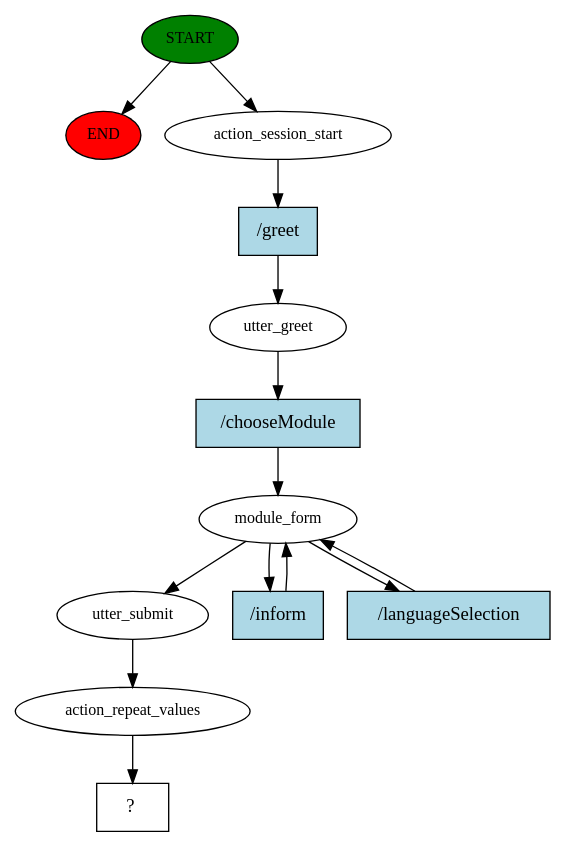
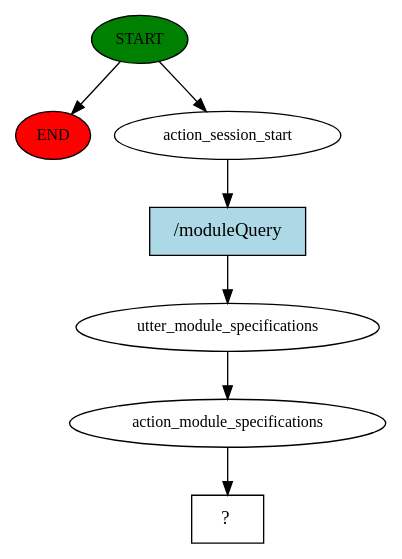
Before and after one commit to lewisstevenmackenzie/Dissertation1: the diagram in story_graph.dot, drawn with Graphviz. The commit also changed 531 other files, not shown here.

Commit message:
custom action for module querying

```diff
--- a/story_graph.dot
+++ b/story_graph.dot
@@ -1,27 +1,15 @@
 digraph  {
 0 [class="start active", fillcolor=green, fontsize=12, label=START, style=filled];
 "-1" [class=end, fillcolor=red, fontsize=12, label=END, style=filled];
 1 [class=active, fontsize=12, label=action_session_start];
-2 [class=active, fontsize=12, label=utter_greet];
-3 [class=active, fontsize=12, label=module_form];
-7 [class=active, fontsize=12, label=utter_submit];
-8 [class=active, fontsize=12, label=action_repeat_values];
-9 [class="intent dashed active", label="  ?  ", shape=rect];
-10 [class="intent active", fillcolor=lightblue, label="/greet", shape=rect, style=filled];
-11 [class="intent active", fillcolor=lightblue, label="/chooseModule", shape=rect, style=filled];
-12 [class="intent active", fillcolor=lightblue, label="/inform", shape=rect, style=filled];
-13 [class="intent active", fillcolor=lightblue, label="/languageSelection", shape=rect, style=filled];
+2 [class=active, fontsize=12, label=utter_module_specifications];
+3 [class=active, fontsize=12, label=action_module_specifications];
+4 [class="intent dashed active", label="  ?  ", shape=rect];
+5 [class="intent active", fillcolor=lightblue, label="/moduleQuery", shape=rect, style=filled];
 0 -> "-1"  [class="", key=NONE, label=""];
 0 -> 1  [class=active, key=NONE, label=""];
-1 -> 10  [class=active, key=0];
-2 -> 11  [class=active, key=0];
-3 -> 7  [class=active, key=NONE, label=""];
-3 -> 12  [class=active, key=0];
-3 -> 13  [class=active, key=0];
-7 -> 8  [class=active, key=NONE, label=""];
-8 -> 9  [class=active, key=NONE, label=""];
-10 -> 2  [class=active, key=0];
-11 -> 3  [class=active, key=0];
-12 -> 3  [class=active, key=0];
-13 -> 3  [class=active, key=0];
+1 -> 5  [class=active, key=0];
+2 -> 3  [class=active, key=NONE, label=""];
+3 -> 4  [class=active, key=NONE, label=""];
+5 -> 2  [class=active, key=0];
 }
```
